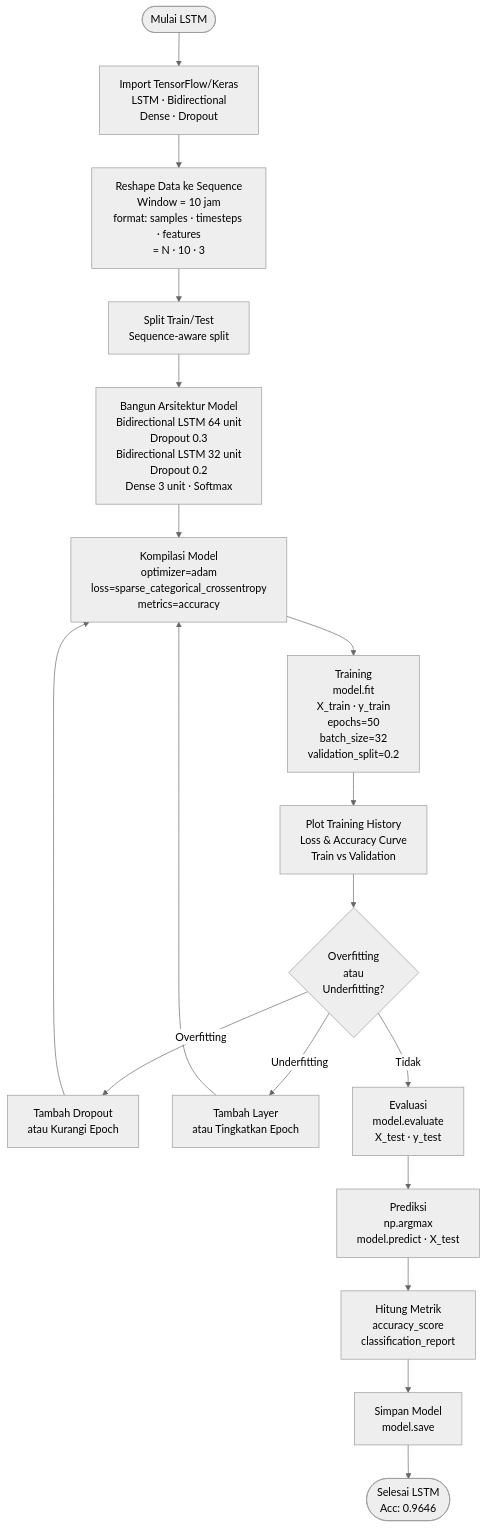
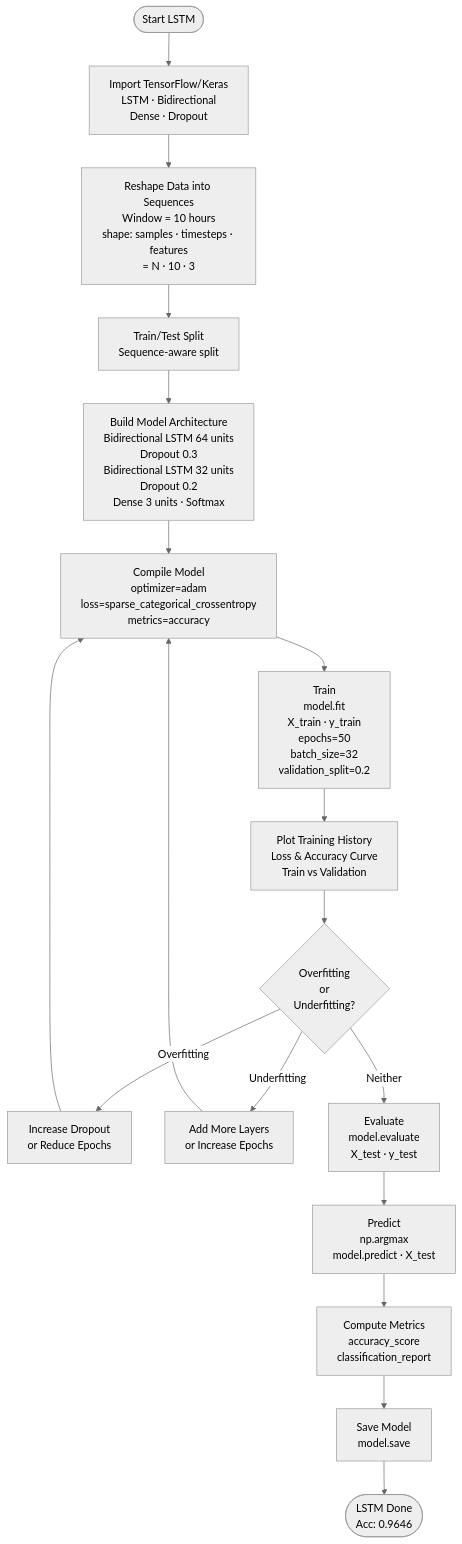
The sixth of 7 diagrams in doc/flowchart.md (izzaalfiansyah/shabrinas-journal), drawn with Mermaid (neutral theme) before and after one commit. The commit also changed other lines of this file, not shown here.

Commit message:
chore(doc): update flowchart in English Language

````diff
--- a/doc/flowchart.md
+++ b/doc/flowchart.md
@@ -110,20 +110,20 @@
 ```mermaid
 flowchart TD
-    A([Mulai LSTM]) --> B[Import TensorFlow/Keras\nLSTM · Bidirectional\nDense · Dropout]
-    B --> C[Reshape Data ke Sequence\nWindow = 10 jam\nformat: samples · timesteps · features\n= N · 10 · 3]
-    C --> D[Split Train/Test\nSequence-aware split]
-    D --> E[Bangun Arsitektur Model\nBidirectional LSTM 64 unit\nDropout 0.3\nBidirectional LSTM 32 unit\nDropout 0.2\nDense 3 unit · Softmax]
-    E --> F[Kompilasi Model\noptimizer=adam\nloss=sparse_categorical_crossentropy\nmetrics=accuracy]
-    F --> G[Training\nmodel.fit\nX_train · y_train\nepochs=50\nbatch_size=32\nvalidation_split=0.2]
+    A([Start LSTM]) --> B[Import TensorFlow/Keras\nLSTM · Bidirectional\nDense · Dropout]
+    B --> C[Reshape Data into Sequences\nWindow = 10 hours\nshape: samples · timesteps · features\n= N · 10 · 3]
+    C --> D[Train/Test Split\nSequence-aware split]
+    D --> E[Build Model Architecture\nBidirectional LSTM 64 units\nDropout 0.3\nBidirectional LSTM 32 units\nDropout 0.2\nDense 3 units · Softmax]
+    E --> F[Compile Model\noptimizer=adam\nloss=sparse_categorical_crossentropy\nmetrics=accuracy]
+    F --> G[Train\nmodel.fit\nX_train · y_train\nepochs=50\nbatch_size=32\nvalidation_split=0.2]
     G --> H[Plot Training History\nLoss & Accuracy Curve\nTrain vs Validation]
-    H --> I{Overfitting\natau\nUnderfitting?}
-    I -- Overfitting --> J[Tambah Dropout\natau Kurangi Epoch]
-    I -- Underfitting --> K[Tambah Layer\natau Tingkatkan Epoch]
+    H --> I{Overfitting\nor\nUnderfitting?}
+    I -- Overfitting --> J[Increase Dropout\nor Reduce Epochs]
+    I -- Underfitting --> K[Add More Layers\nor Increase Epochs]
     J --> F
     K --> F
-    I -- Tidak --> L[Evaluasi\nmodel.evaluate\nX_test · y_test]
-    L --> M[Prediksi\nnp.argmax\nmodel.predict · X_test]
-    M --> N[Hitung Metrik\naccuracy_score\nclassification_report]
-    N --> O[Simpan Model\nmodel.save]
-    O --> P([Selesai LSTM\nAcc: 0.9646])
+    I -- Neither --> L[Evaluate\nmodel.evaluate\nX_test · y_test]
+    L --> M[Predict\nnp.argmax\nmodel.predict · X_test]
+    M --> N[Compute Metrics\naccuracy_score\nclassification_report]
+    N --> O[Save Model\nmodel.save]
+    O --> P([LSTM Done\nAcc: 0.9646])
 ```
````
